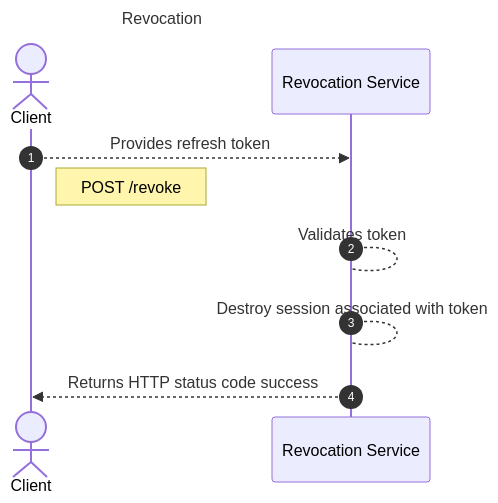
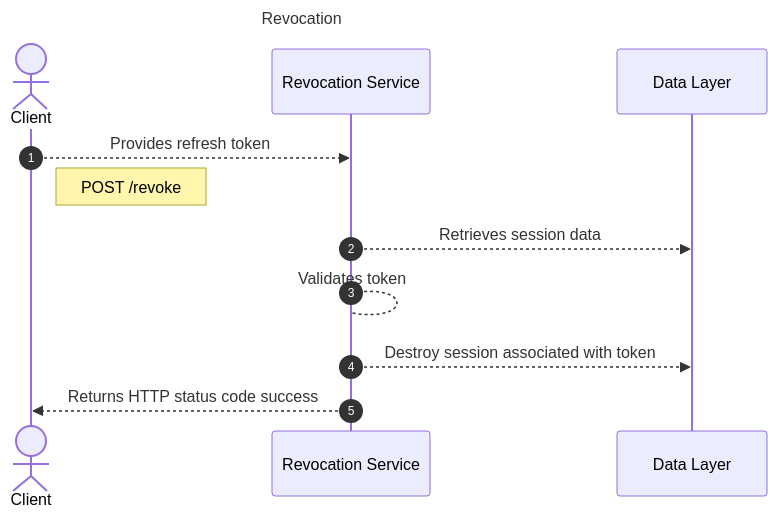
Before and after one commit to dickdavis/oauth-flow-demo: the fourth of 4 diagrams in README.md, drawn with Mermaid. The commit also changed other lines of this file, not shown here.

Commit message:
Add data layer to diagrams

````diff
--- a/README.md
+++ b/README.md
@@ -87,17 +94,18 @@
 ```mermaid
 ---
 title: Revocation
 ---
 sequenceDiagram
 autonumber
 
 actor Client
-
 participant Revocation Service
+participant Data Layer
 
 Client-->>Revocation Service: Provides refresh token
 Note right of Client: POST /revoke
+Revocation Service-->>Data Layer: Retrieves session data
 Revocation Service-->Revocation Service: Validates token
-Revocation Service-->Revocation Service: Destroy session associated with token
+Revocation Service-->>Data Layer: Destroy session associated with token
 Revocation Service-->>Client: Returns HTTP status code success
 ```
````
